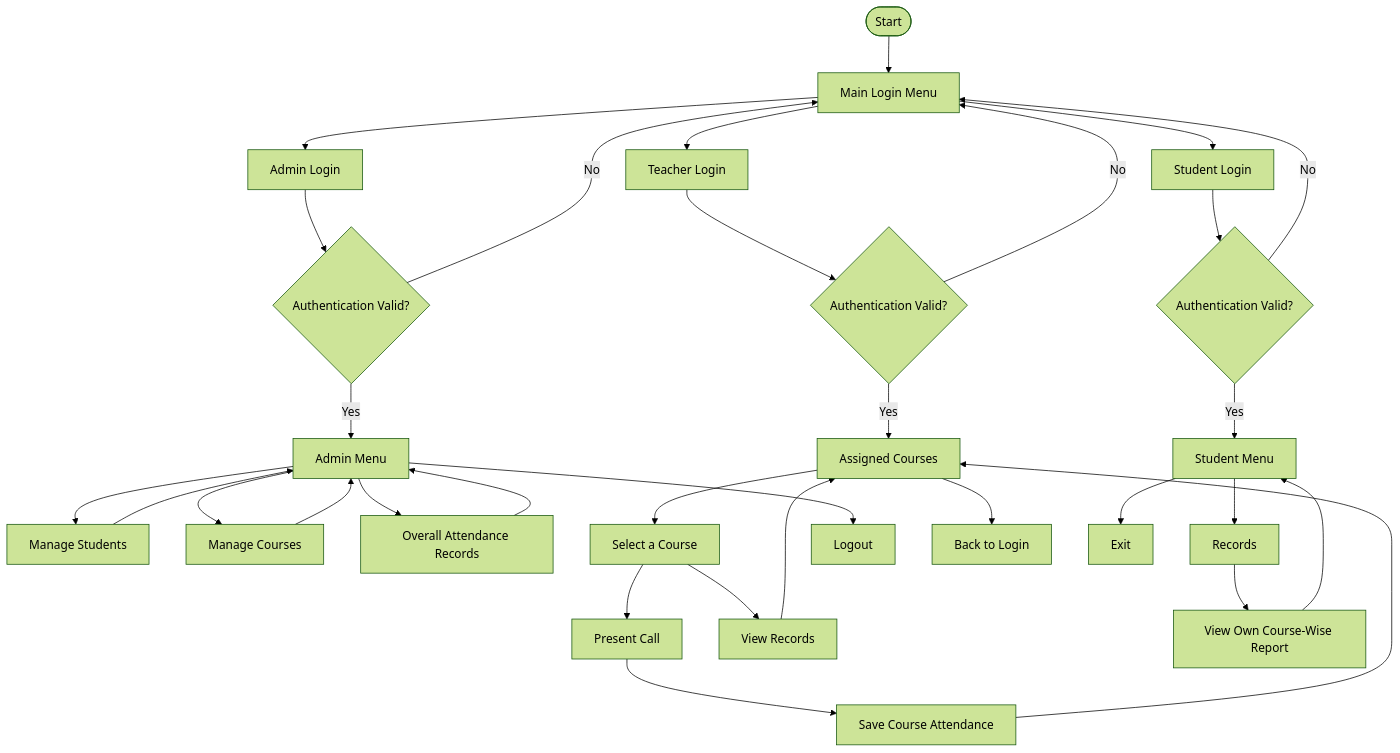
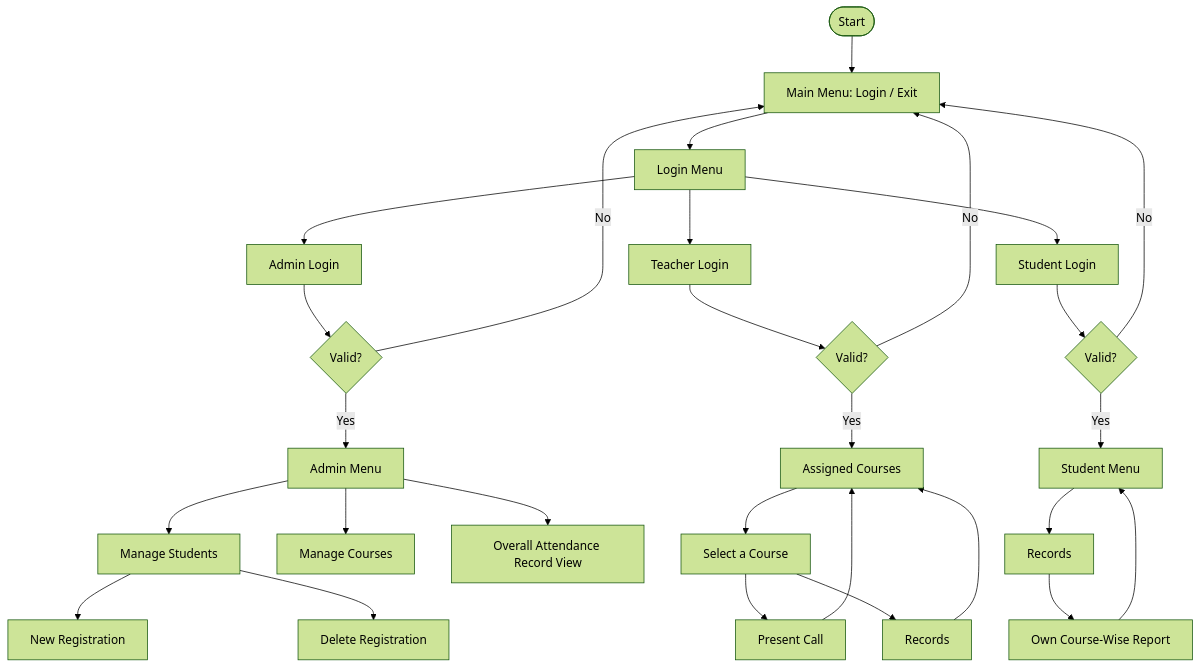
The diagram in README.md (adilmahmudayon-hue/Smart-Attendance-System), drawn with Mermaid (forest theme) before and after one commit. The commit also changed other lines of this file, not shown here.

````diff
--- a/README.md
+++ b/README.md
@@ -94,45 +103,36 @@
 ```mermaid
 flowchart TD
-    A([Start]) --> B[Main Login Menu]
+    A([Start]) --> B[Main Menu: Login / Exit]
+    B --> C[Login Menu]
 
-    B --> C[Admin Login]
-    B --> D[Teacher Login]
-    B --> E[Student Login]
+    C --> D[Admin Login]
+    C --> E[Teacher Login]
+    C --> F[Student Login]
 
-    C --> F{Authentication Valid?}
-    D --> G{Authentication Valid?}
-    E --> H{Authentication Valid?}
+    D --> G{Valid?}
+    E --> H{Valid?}
+    F --> I{Valid?}
 
-    F -- Yes --> I[Admin Menu]
-    F -- No --> B
+    G -- Yes --> J[Admin Menu]
+    G -- No --> B
+    H -- Yes --> K[Assigned Courses]
+    H -- No --> B
+    I -- Yes --> L[Student Menu]
+    I -- No --> B
 
-    G -- Yes --> J[Assigned Courses]
-    G -- No --> B
+    J --> M[Manage Students]
+    J --> N[Manage Courses]
+    J --> O[Overall Attendance Record View]
+    M --> M1[New Registration]
+    M --> M2[Delete Registration]
 
-    H -- Yes --> K[Student Menu]
-    H -- No --> B
+    K --> P[Select a Course]
+    P --> Q[Present Call]
+    P --> R[Records]
+    Q --> K
+    R --> K
 
-    I --> L[Manage Students]
-    I --> M[Manage Courses]
-    I --> N[Overall Attendance Records]
-
-    L --> I
-    M --> I
-    N --> I
-
-    J --> O[Select a Course]
-    O --> P[Present Call]
-    O --> Q[View Records]
-
-    P --> R[Save Course Attendance]
-    R --> J
-    Q --> J
-
-    K --> S[Records]
-    S --> T[View Own Course-Wise Report]
-    T --> K
-
-    I --> U[Logout]
-    J --> V[Back to Login]
-    K --> W[Exit]
+    L --> S[Records]
+    S --> T[Own Course-Wise Report]
+    T --> L
 ```
````
